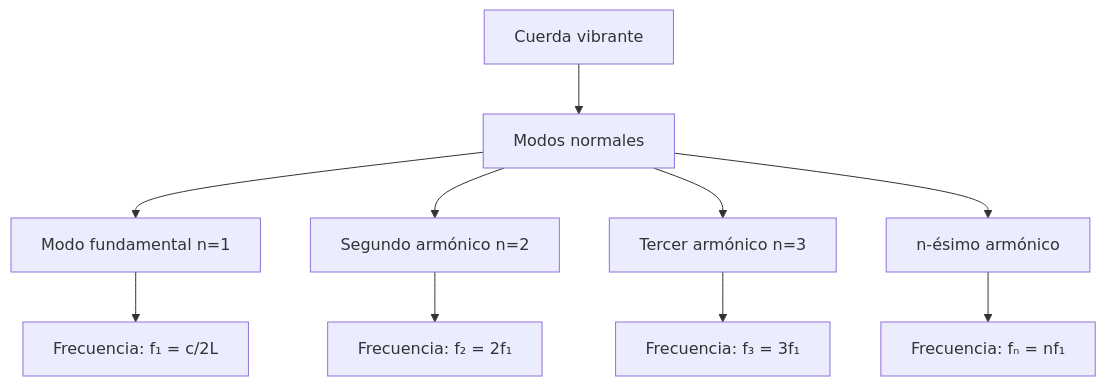
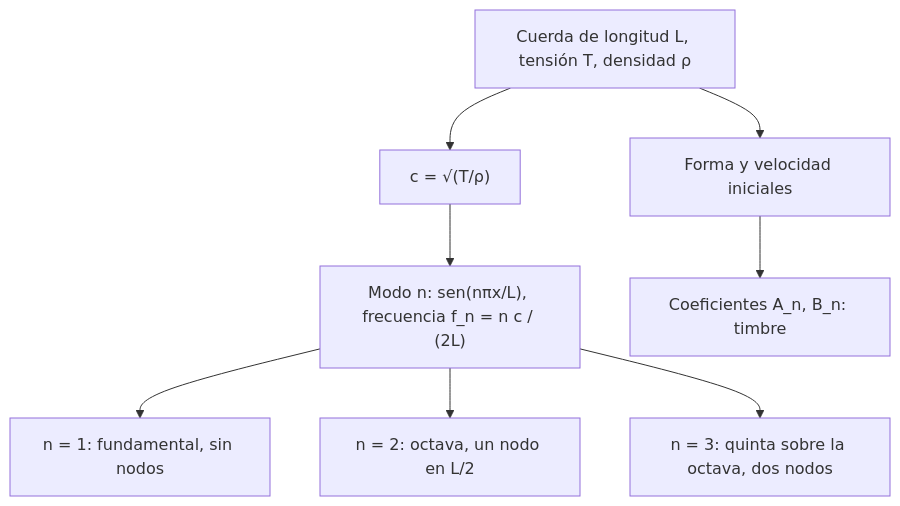
One commit to djaimej/computer-science-template changed the diagram in public/documents/semester-4/3/4362.md. Above: the diagram before and after it, drawn with Mermaid. The commit also changed other lines of this file and 4 other files, not shown here.

````diff
--- a/public/documents/semester-4/3/4362.md
+++ b/public/documents/semester-4/3/4362.md
@@ -197,13 +60,10 @@
 ```mermaid
 flowchart TD
-    A[Cuerda vibrante] --> B[Modos normales]
-    B --> C[Modo fundamental n=1]
-    B --> D[Segundo armónico n=2]
-    B --> E[Tercer armónico n=3]
-    B --> F[n-ésimo armónico]
-
-    C --> G[Frecuencia: f₁ = c/2L]
-    D --> H[Frecuencia: f₂ = 2f₁]
-    E --> I[Frecuencia: f₃ = 3f₁]
-    F --> J[Frecuencia: fₙ = nf₁]
+    A["Cuerda de longitud L, tensión T, densidad ρ"] --> B["c = √(T/ρ)"]
+    B --> C["Modo n: sen(nπx/L), frecuencia f_n = n c / (2L)"]
+    C --> D["n = 1: fundamental, sin nodos"]
+    C --> E["n = 2: octava, un nodo en L/2"]
+    C --> F["n = 3: quinta sobre la octava, dos nodos"]
+    A --> G["Forma y velocidad iniciales"]
+    G --> H["Coeficientes A_n, B_n: timbre"]
 ```
````
